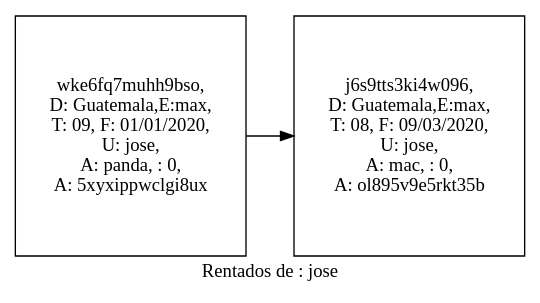
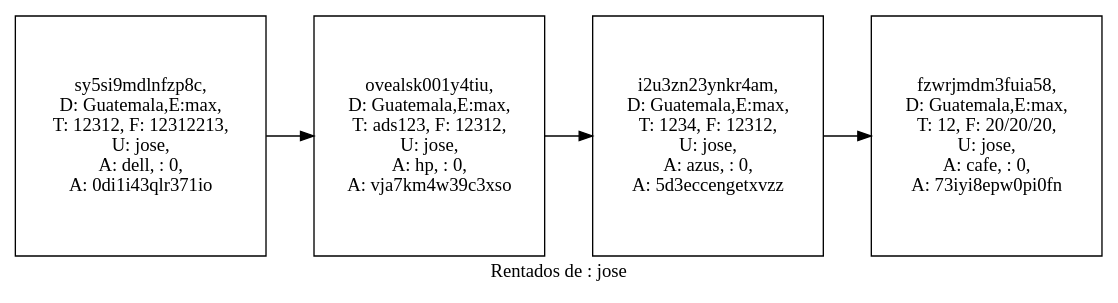
Before and after one commit to Stevensis/EDD20VJ_Proyecto1: the diagram in rentados_jose.dot, drawn with Graphviz. The commit also changed 13 other files, not shown here.

```diff
--- a/rentados_jose.dot
+++ b/rentados_jose.dot
@@ -1,11 +1,17 @@
 digraph  { 
  nodesep=.05; 
  rankdir=LR; 
  node [shape=record,width=.5,height=2.5]; 
  label="Reporte General"; 
 label=" Rentados de : jose"
-"0" [label=" wke6fq7muhh9bso,\n D: Guatemala,E:max,\n T: 09, F: 01/01/2020,\n U: jose,\n A: panda, : 0,\n A: 5xyxippwclgi8ux"] 
-"1" [label=" j6s9tts3ki4w096,\n D: Guatemala,E:max,\n T: 08, F: 09/03/2020,\n U: jose,\n A: mac, : 0,\n A: ol895v9e5rkt35b"] 
+"0" [label=" sy5si9mdlnfzp8c,\n D: Guatemala,E:max,\n T: 12312, F: 12312213,\n U: jose,\n A: dell, : 0,\n A: 0di1i43qlr371io"] 
+"1" [label=" ovealsk001y4tiu,\n D: Guatemala,E:max,\n T: ads123, F: 12312,\n U: jose,\n A: hp, : 0,\n A: vja7km4w39c3xso"] 
+"2" [label=" i2u3zn23ynkr4am,\n D: Guatemala,E:max,\n T: 1234, F: 12312,\n U: jose,\n A: azus, : 0,\n A: 5d3eccengetxvzz"] 
+"3" [label=" fzwrjmdm3fuia58,\n D: Guatemala,E:max,\n T: 12, F: 20/20/20,\n U: jose,\n A: cafe, : 0,\n A: 73iyi8epw0pi0fn"] 
 
 "0" -> "1" 
+
+"1" -> "2" 
+
+"2" -> "3" 
 }
```
